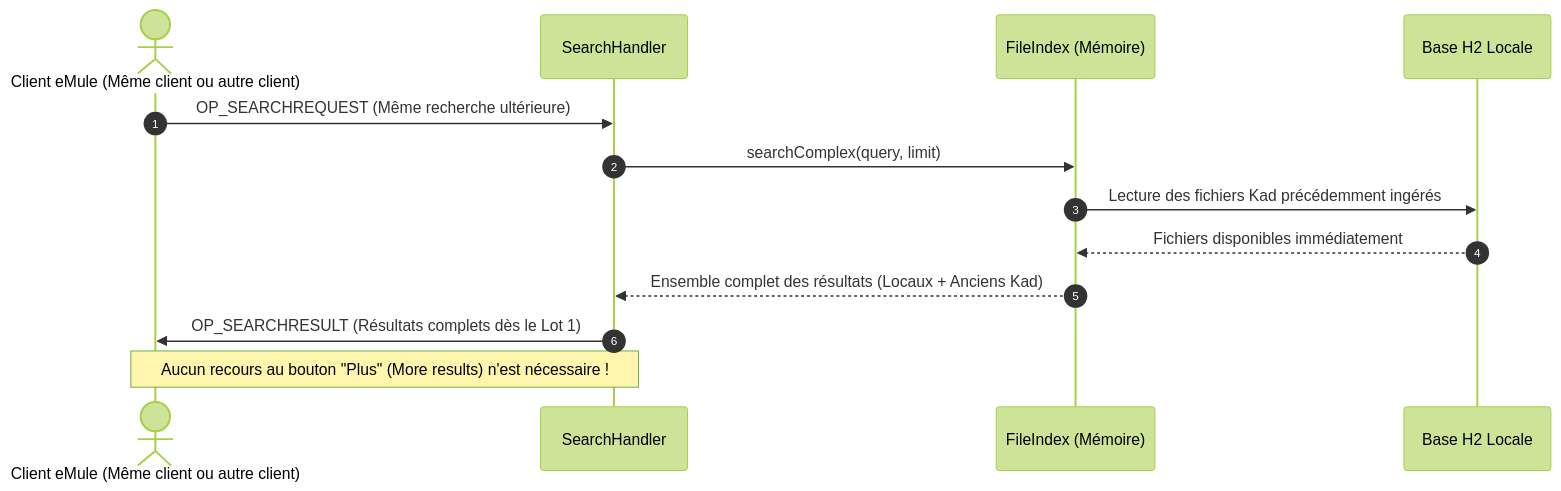
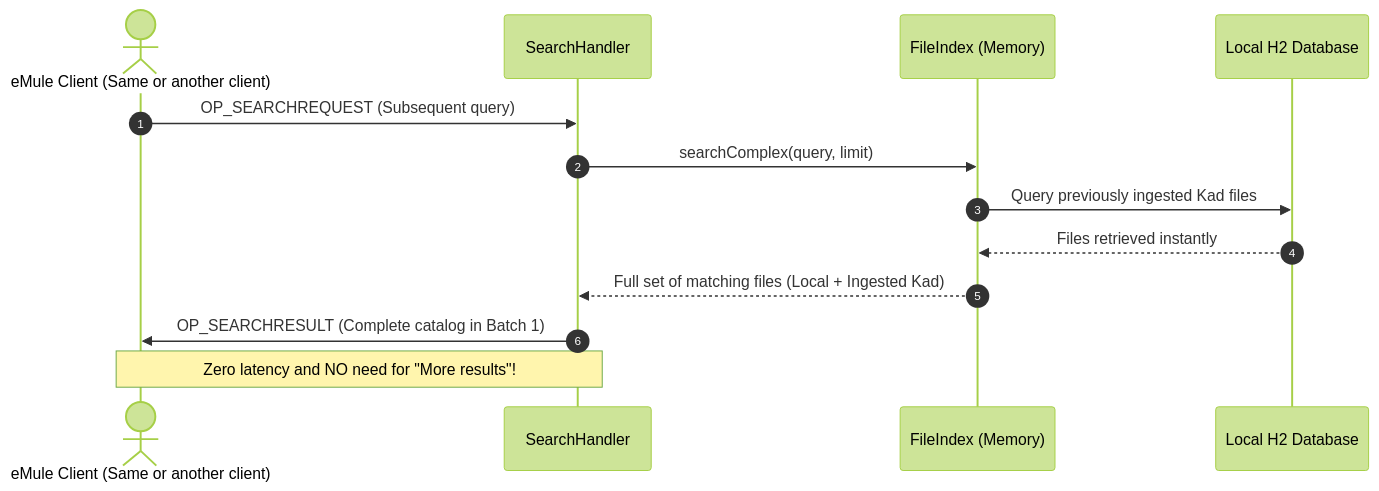
One commit to dagga/JEmuleServer changed the third of 3 diagrams in SFD_1.2.md. Above: the diagram before and after it, drawn with Mermaid (forest theme). The commit also changed other lines of this file, not shown here.

````diff
--- a/SFD_1.2.md
+++ b/SFD_1.2.md
@@ -192,16 +191,16 @@
 ```mermaid
 sequenceDiagram
     autonumber
-    actor Client as Client eMule (Même client ou autre client)
+    actor Client as eMule Client (Same or another client)
     participant SH as SearchHandler
-    participant FI as FileIndex (Mémoire)
-    participant DB as Base H2 Locale
+    participant FI as FileIndex (Memory)
+    participant DB as Local H2 Database
 
-    Client->>SH: OP_SEARCHREQUEST (Même recherche ultérieure)
+    Client->>SH: OP_SEARCHREQUEST (Subsequent query)
     SH->>FI: searchComplex(query, limit)
-    FI->>DB: Lecture des fichiers Kad précédemment ingérés
-    DB-->>FI: Fichiers disponibles immédiatement
-    FI-->>SH: Ensemble complet des résultats (Locaux + Anciens Kad)
-    SH->>Client: OP_SEARCHRESULT (Résultats complets dès le Lot 1)
-    Note over Client,SH: Aucun recours au bouton "Plus" (More results) n'est nécessaire !
+    FI->>DB: Query previously ingested Kad files
+    DB-->>FI: Files retrieved instantly
+    FI-->>SH: Full set of matching files (Local + Ingested Kad)
+    SH->>Client: OP_SEARCHRESULT (Complete catalog in Batch 1)
+    Note over Client,SH: Zero latency and NO need for "More results"!
 ```
````
